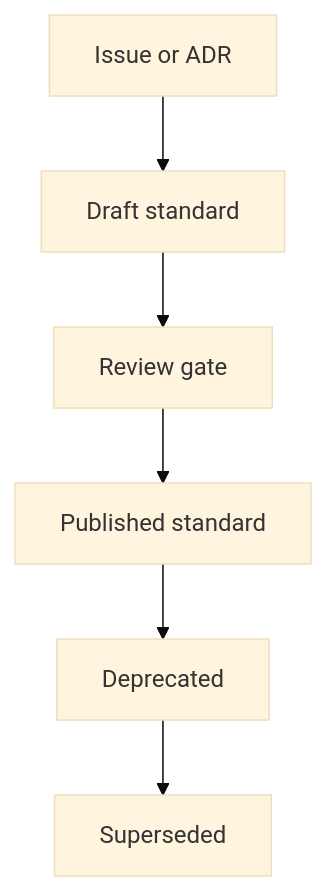
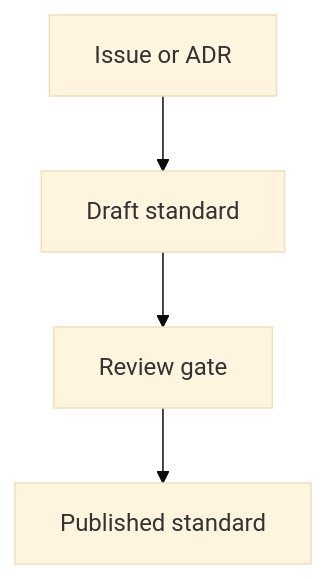
Before and after one commit to bartytime4life/Kansas-Frontier-Matrix: the second of 2 diagrams in docs/standards/README.md, drawn with Mermaid (base theme). The commit also changed other lines of this file, not shown here.

````diff
--- a/docs/standards/README.md
+++ b/docs/standards/README.md
@@ -354,8 +396,6 @@
 ```mermaid
 flowchart TD
   Idea[Issue or ADR] --> Draft[Draft standard]
   Draft --> Review[Review gate]
   Review --> Published[Published standard]
-  Published --> Deprecated[Deprecated]
-  Deprecated --> Superseded[Superseded]
 ```
````
